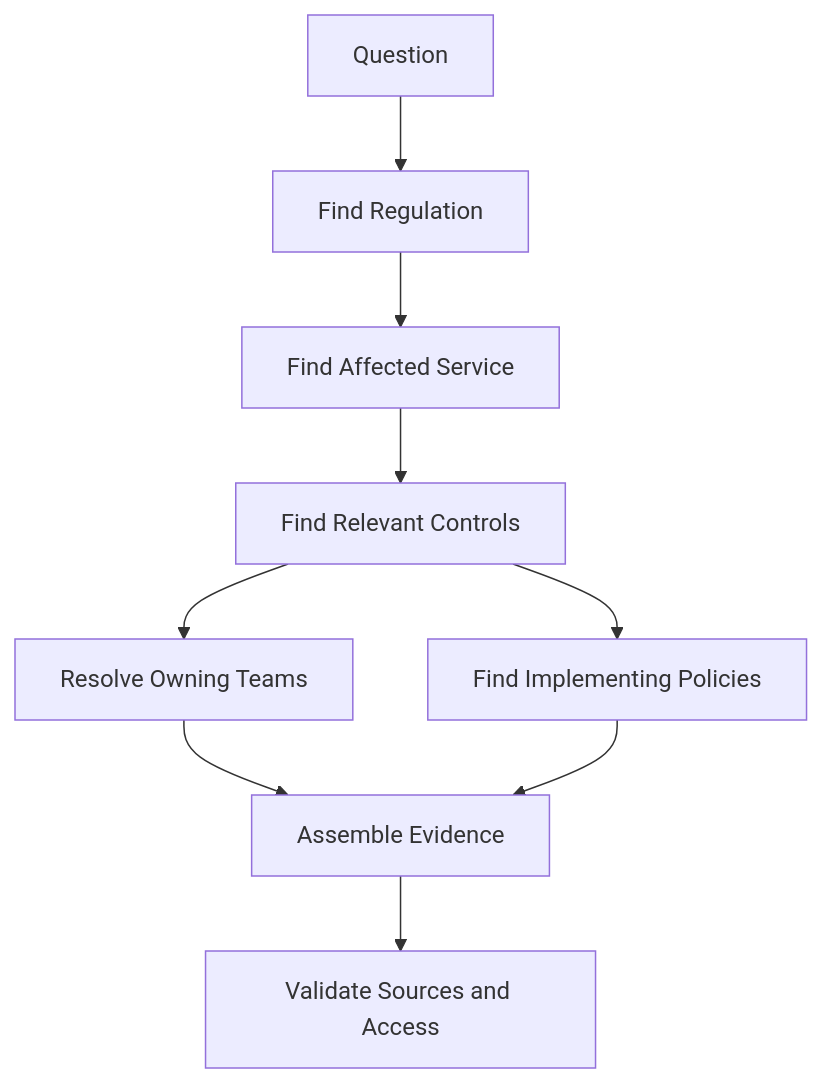
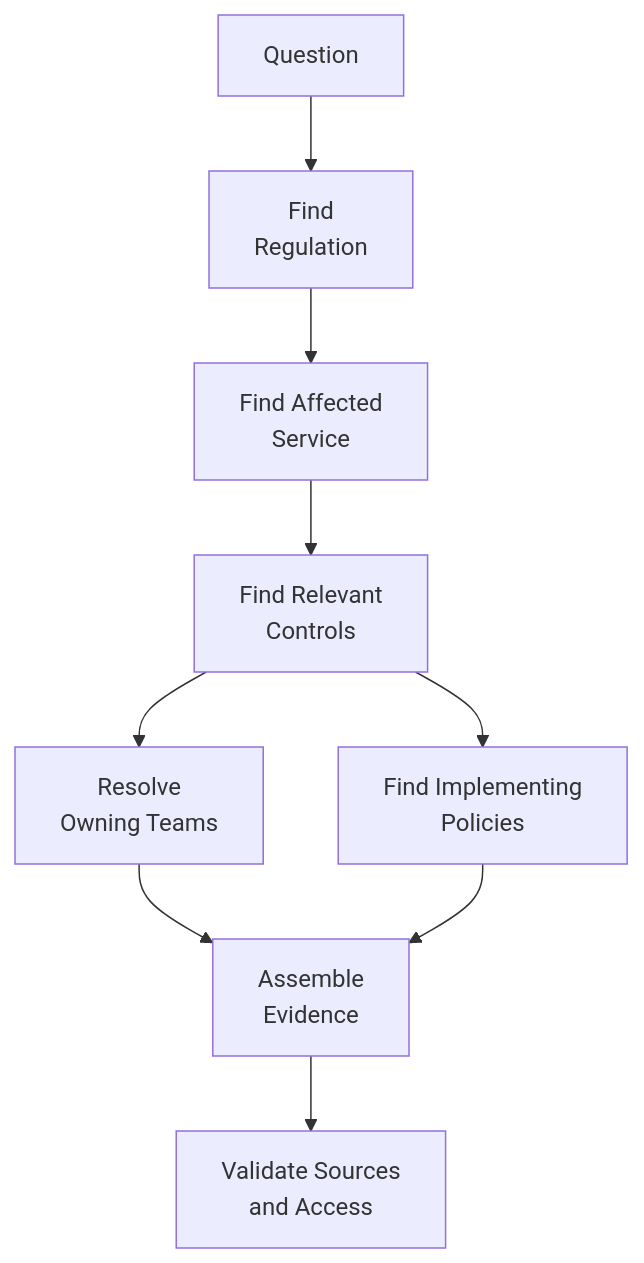
The fourth of 8 diagrams in docs/architecture-insights/genai-and-rag/4.1_architecting_graph_rag_relationship_aware_enterprise_knowledge.md (MihirKJha/enterprise-ai-blog), drawn with Mermaid before and after one commit. The commit also changed other lines of this file, not shown here.

````diff
--- a/docs/architecture-insights/genai-and-rag/4.1_architecting_graph_rag_relationship_aware_enterprise_knowledge.md
+++ b/docs/architecture-insights/genai-and-rag/4.1_architecting_graph_rag_relationship_aware_enterprise_knowledge.md
@@ -159,11 +159,11 @@
 ```mermaid
 graph TD
-    A[Question] --> B[Find Regulation]
-    B --> C[Find Affected Service]
-    C --> D[Find Relevant Controls]
-    D --> E[Resolve Owning Teams]
-    D --> F[Find Implementing Policies]
-    E --> G[Assemble Evidence]
+    A[Question] --> B[Find<br/>Regulation]
+    B --> C[Find Affected<br/>Service]
+    C --> D[Find Relevant<br/>Controls]
+    D --> E[Resolve<br/>Owning Teams]
+    D --> F[Find Implementing<br/>Policies]
+    E --> G[Assemble<br/>Evidence]
     F --> G
-    G --> H[Validate Sources and Access]
+    G --> H[Validate Sources<br/>and Access]
 ```
````
